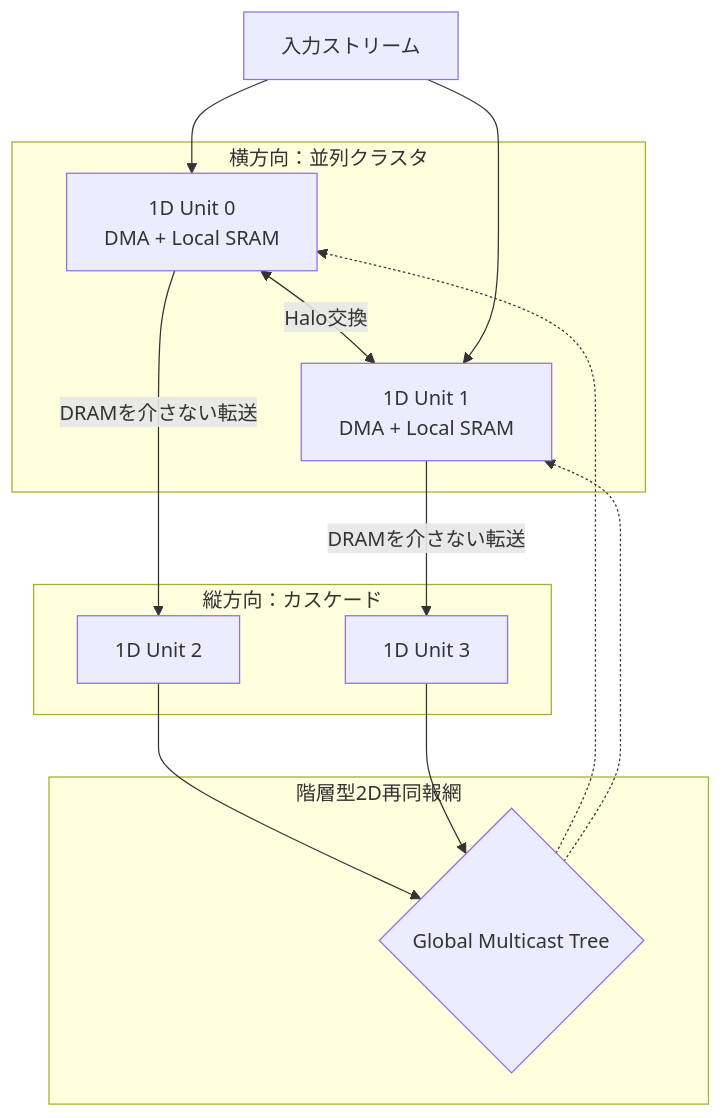
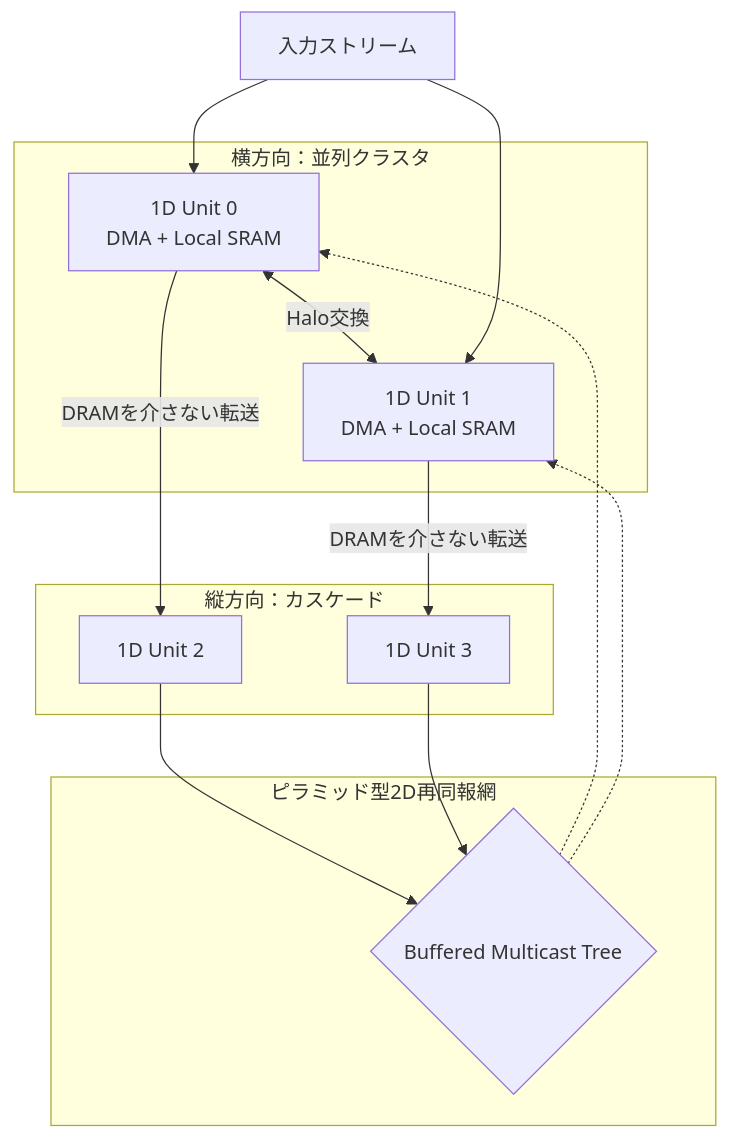
Before and after one commit to HN19781124/banked-stencil-multicast: the third of 3 diagrams in README.md, drawn with Mermaid. The commit also changed other lines of this file and 74 other files, not shown here.

````diff
--- a/README.md
+++ b/README.md
@@ -267,28 +378,28 @@
 ```mermaid
 flowchart TD
     IN[入力ストリーム]
 
     subgraph H[横方向：並列クラスタ]
         U0[1D Unit 0<br/>DMA + Local SRAM]
         U1[1D Unit 1<br/>DMA + Local SRAM]
         U0 <-->|Halo交換| U1
     end
 
     subgraph V[縦方向：カスケード]
         U2[1D Unit 2]
         U3[1D Unit 3]
     end
 
-    subgraph G[階層型2D再同報網]
-        TREE{Global Multicast Tree}
+    subgraph G[ピラミッド型2D再同報網]
+        TREE{Buffered Multicast Tree}
     end
 
     IN --> U0
     IN --> U1
     U0 -->|DRAMを介さない転送| U2
     U1 -->|DRAMを介さない転送| U3
     U2 --> TREE
     U3 --> TREE
     TREE -.-> U0
     TREE -.-> U1
 ```
````
